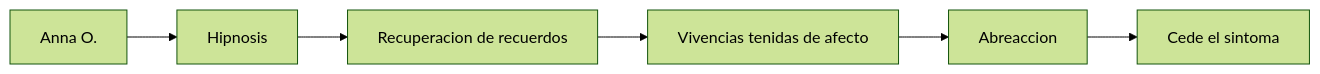
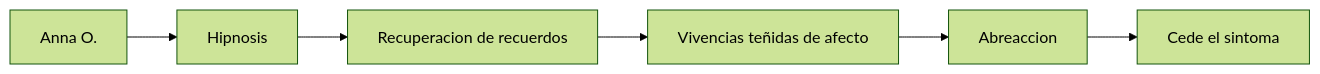
Before and after one commit to javifernandes/psicoanalisis-freud-laznik: the second of 4 diagrams in libro/bookops/02-sintesis-integrada/01-del-trauma-al-conflicto-psiquico.md, drawn with Mermaid (forest theme). The commit also changed other lines of this file and 30 other files, not shown here.

````diff
--- a/libro/bookops/02-sintesis-integrada/01-del-trauma-al-conflicto-psiquico.md
+++ b/libro/bookops/02-sintesis-integrada/01-del-trauma-al-conflicto-psiquico.md
@@ -42,8 +44,8 @@
 ```mermaid
 flowchart LR
   A["Anna O."] --> B["Hipnosis"]
   B --> C["Recuperacion de recuerdos"]
-  C --> D["Vivencias tenidas de afecto"]
+  C --> D["Vivencias teñidas de afecto"]
   D --> E["Abreaccion"]
   E --> F["Cede el sintoma"]
 ```
````
